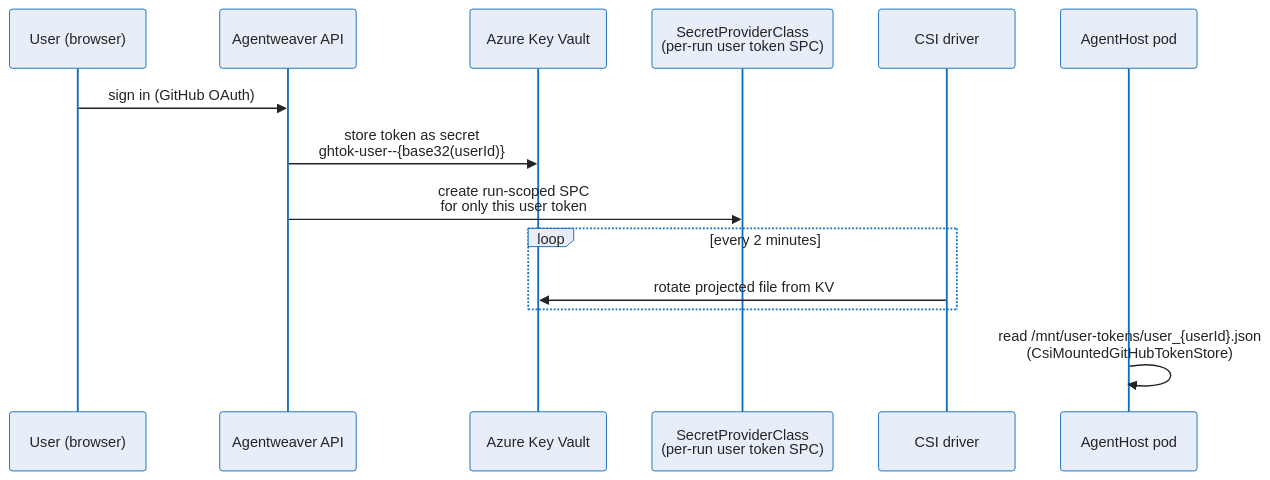
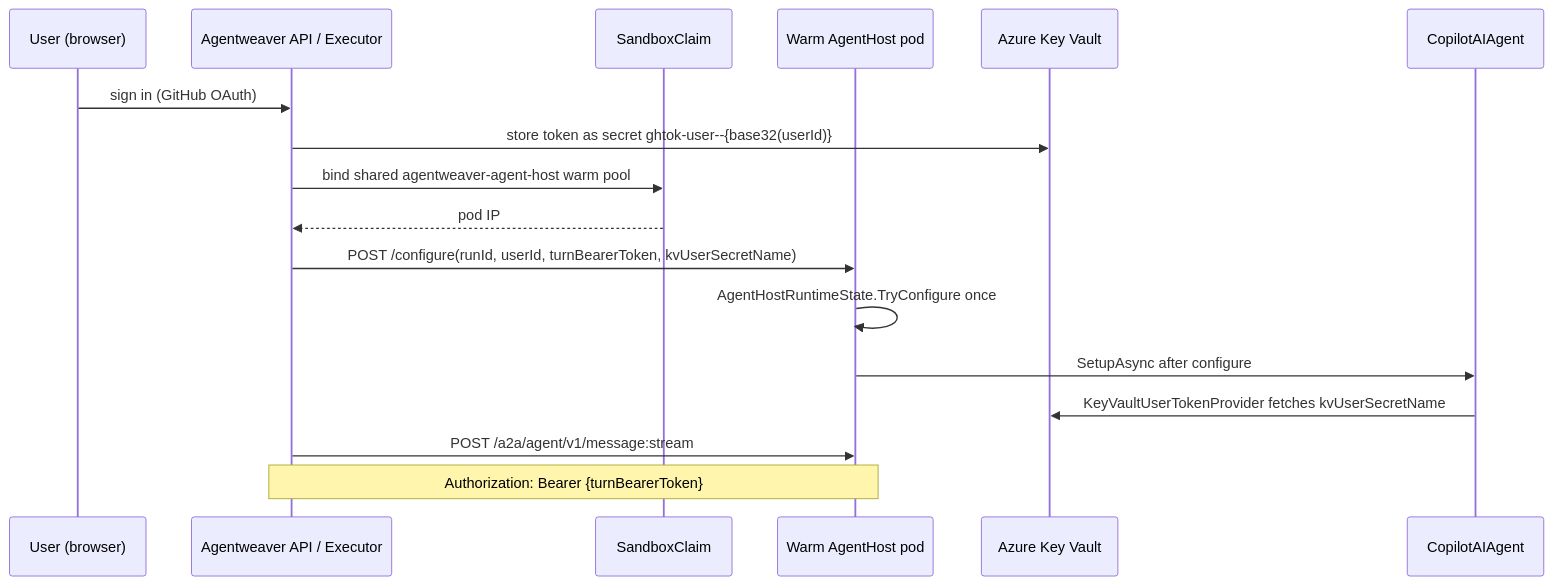
Before and after one commit to sabbour/agentweaver: the seventh of 7 diagrams in docs/deep-dive/auth-security.md, drawn with Mermaid. The commit also changed other lines of this file and 11 other files, not shown here.

First line of the commit message:
docs: warm pool architecture, auth deep-dive, sandbox reference updates

````diff
--- a/docs/deep-dive/auth-security.md
+++ b/docs/deep-dive/auth-security.md
@@ -634,18 +634,20 @@
 ```mermaid
-%%{init: {'theme':'base','themeVariables':{'fontFamily':'Segoe UI, system-ui, -apple-system, sans-serif','fontSize':'15px','primaryColor':'#E8EEF9','primaryBorderColor':'#0F6CBD','primaryTextColor':'#242424','lineColor':'#605E5C','clusterBkg':'#FAF9F8','clusterBorder':'#D2D0CE','edgeLabelBackground':'#FFFFFF'}}}%%
 sequenceDiagram
     participant User as User (browser)
-    participant API as Agentweaver API
+    participant API as Agentweaver API / Executor
+    participant Claim as SandboxClaim
+    participant Pod as Warm AgentHost pod
     participant KV as Azure Key Vault
-    participant SPC as SecretProviderClass<br/>(per-run user token SPC)
-    participant CSI as CSI driver
-    participant Pod as AgentHost pod
+    participant Agent as CopilotAIAgent
 
     User->>API: sign in (GitHub OAuth)
-    API->>KV: store token as secret<br/>ghtok-user--{base32(userId)}
-    API->>SPC: create run-scoped SPC<br/>for only this user token
-    loop every 2 minutes
-        CSI->>KV: rotate projected file from KV
-    end
-    Pod->>Pod: read /mnt/user-tokens/user_{userId}.json<br/>(CsiMountedGitHubTokenStore)
+    API->>KV: store token as secret ghtok-user--{base32(userId)}
+    API->>Claim: bind shared agentweaver-agent-host warm pool
+    Claim-->>API: pod IP
+    API->>Pod: POST /configure(runId, userId, turnBearerToken, kvUserSecretName)
+    Pod->>Pod: AgentHostRuntimeState.TryConfigure once
+    Pod->>Agent: SetupAsync after configure
+    Agent->>KV: KeyVaultUserTokenProvider fetches kvUserSecretName
+    API->>Pod: POST /a2a/agent/v1/message:stream
+    Note over API,Pod: Authorization: Bearer {turnBearerToken}
 ```
````
